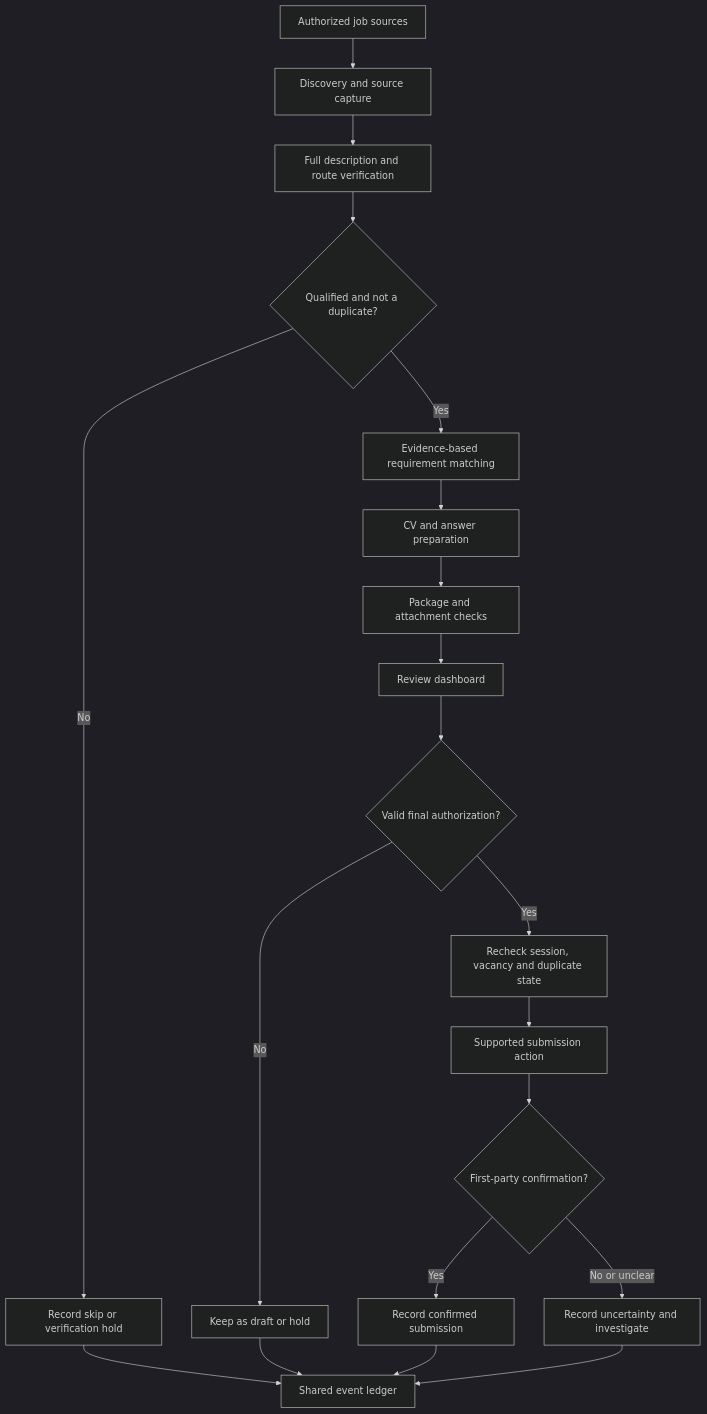
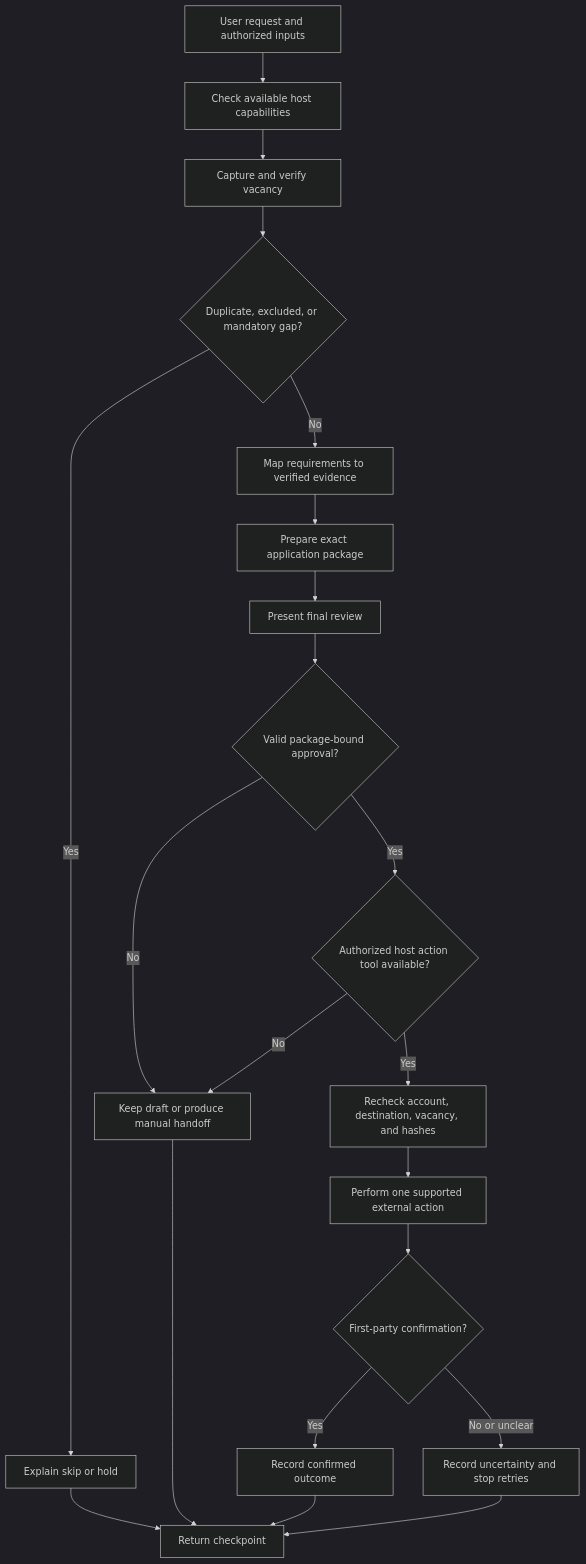
The diagram in docs/DESIGN.md (almanasifh/ai-job-apply), drawn with Mermaid (dark theme) before and after one commit. The commit also changed other lines of this file and 10 other files, not shown here.

````diff
--- a/docs/DESIGN.md
+++ b/docs/DESIGN.md
@@ -38,22 +51,23 @@
 ```mermaid
 flowchart TD
-    A[Authorized job sources] --> B[Discovery and source capture]
-    B --> C[Full description and route verification]
-    C --> D{Qualified and not a duplicate?}
-    D -->|No| X[Record skip or verification hold]
-    D -->|Yes| E[Evidence-based requirement matching]
-    E --> F[CV and answer preparation]
-    F --> G[Package and attachment checks]
-    G --> H[Review dashboard]
-    H --> I{Valid final authorization?}
-    I -->|No| J[Keep as draft or hold]
-    I -->|Yes| K[Recheck session, vacancy and duplicate state]
-    K --> L[Supported submission action]
-    L --> M{First-party confirmation?}
-    M -->|Yes| N[Record confirmed submission]
-    M -->|No or unclear| O[Record uncertainty and investigate]
-    X --> P[Shared event ledger]
-    J --> P
-    N --> P
-    O --> P
+    A[User request and authorized inputs] --> B[Check available host capabilities]
+    B --> C[Capture and verify vacancy]
+    C --> D{Duplicate, excluded, or mandatory gap?}
+    D -->|Yes| E[Explain skip or hold]
+    D -->|No| F[Map requirements to verified evidence]
+    F --> G[Prepare exact application package]
+    G --> H[Present final review]
+    H --> I{Valid package-bound approval?}
+    I -->|No| J[Keep draft or produce manual handoff]
+    I -->|Yes| K{Authorized host action tool available?}
+    K -->|No| J
+    K -->|Yes| L[Recheck account, destination, vacancy, and hashes]
+    L --> M[Perform one supported external action]
+    M --> N{First-party confirmation?}
+    N -->|Yes| O[Record confirmed outcome]
+    N -->|No or unclear| P[Record uncertainty and stop retries]
+    E --> Q[Return checkpoint]
+    J --> Q
+    O --> Q
+    P --> Q
 ```
````
